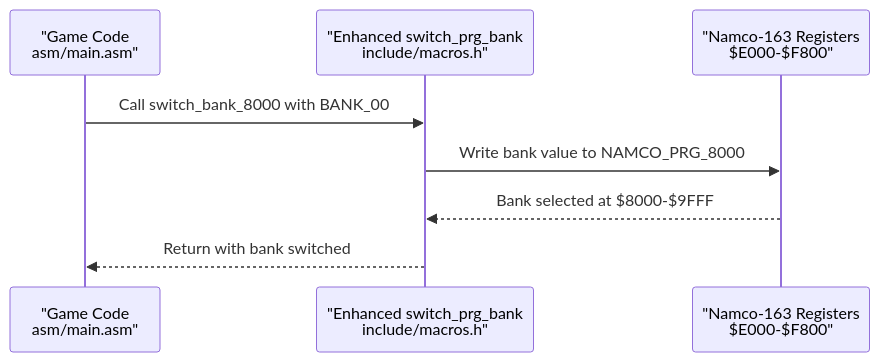
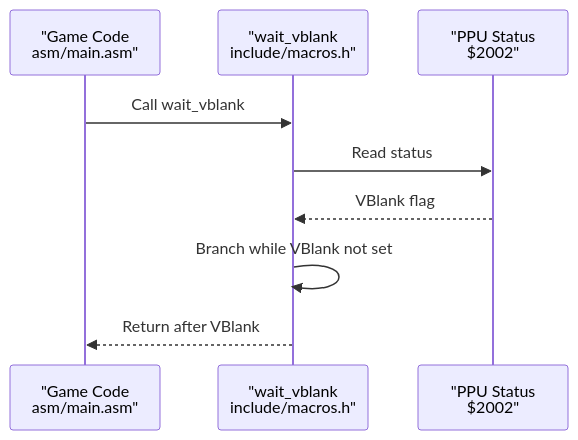
One commit to rabbyzero/sango2dasm changed the third of 5 diagrams in .qoder/repowiki/en/content/Hardware Abstraction Layer/Hardware Abstraction Layer.md. Above: the diagram before and after it, drawn with Mermaid. The commit also changed other lines of this file and 21 other files, not shown here.

````diff
--- a/.qoder/repowiki/en/content/Hardware Abstraction Layer/Hardware Abstraction Layer.md
+++ b/.qoder/repowiki/en/content/Hardware Abstraction Layer/Hardware Abstraction Layer.md
@@ -306,10 +328,11 @@
 ```mermaid
 sequenceDiagram
 participant Game as "Game Code<br/>asm/main.asm"
-participant Macro as "Enhanced switch_prg_bank<br/>include/macros.h"
-participant Mapper as "Namco-163 Registers<br/>$E000-$F800"
-Game->>Macro : Call switch_bank_8000 with BANK_00
-Macro->>Mapper : Write bank value to NAMCO_PRG_8000
-Mapper-->>Macro : Bank selected at $8000-$9FFF
-Macro-->>Game : Return with bank switched
+participant Macro as "wait_vblank<br/>include/macros.h"
+participant PPU as "PPU Status<br/>$2002"
+Game->>Macro : Call wait_vblank
+Macro->>PPU : Read status
+PPU-->>Macro : VBlank flag
+Macro->>Macro : Branch while VBlank not set
+Macro-->>Game : Return after VBlank
 ```
````
